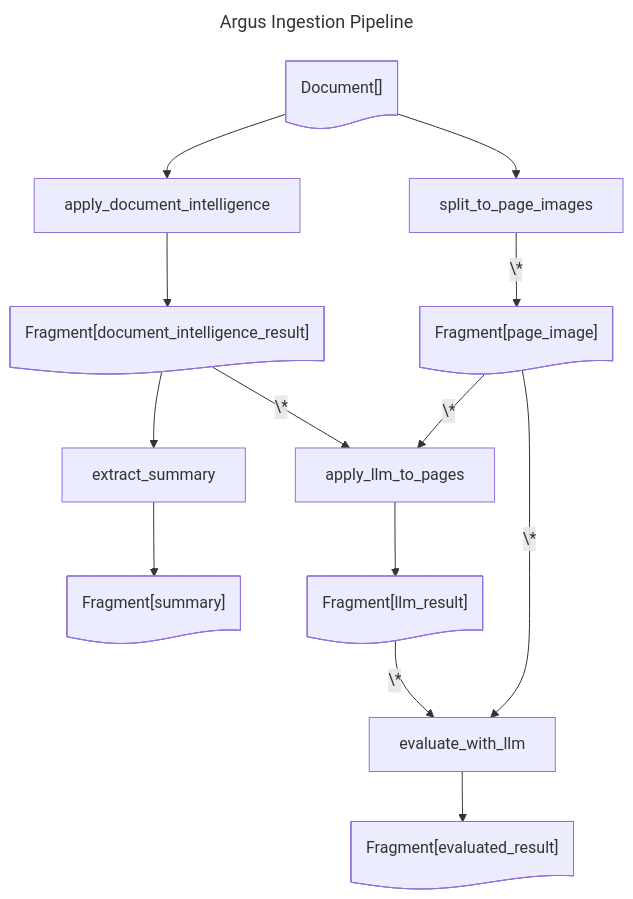
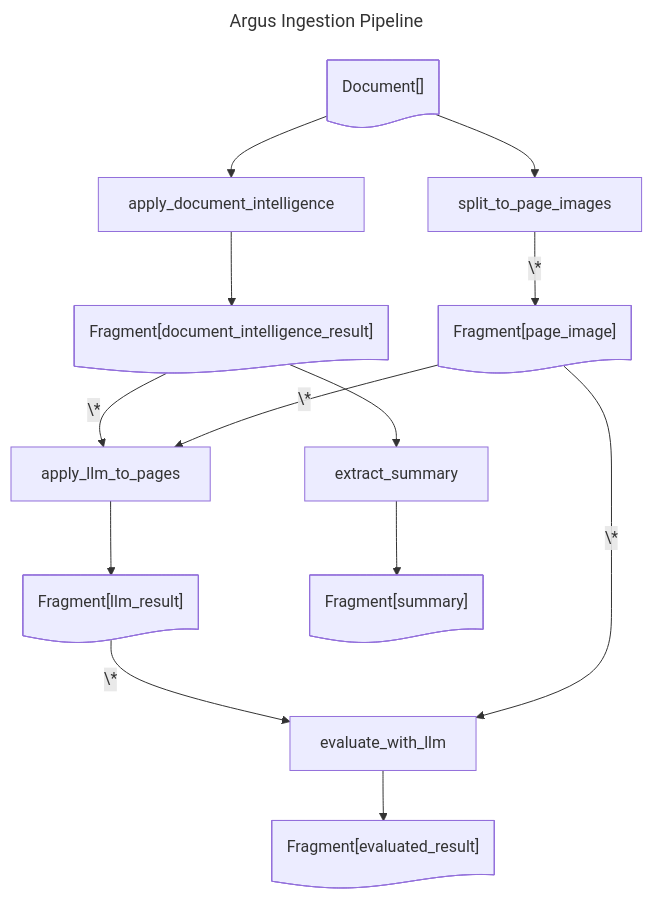
The diagram in examples/argus.md (Azure-Samples/az-ai-catalyst), drawn with Mermaid before and after one commit. The commit also changed other lines of this file and 7 other files, not shown here.

````diff
--- a/examples/argus.md
+++ b/examples/argus.md
@@ -1,29 +1,29 @@
 ```mermaid
 ---
 title: Argus Ingestion Pipeline
 ---
 flowchart TD
+    Fragment_document_intelligence_result@{ shape: doc, label: "Fragment[document_intelligence_result]" }
+    Fragment_llm_result@{ shape: doc, label: "Fragment[llm_result]" }
+    evaluate_with_llm@{ shape: rect, label: "evaluate_with_llm" }
+    Fragment_page_image@{ shape: doc, label: "Fragment[page_image]" }
+    Document_@{ shape: doc, label: "Document[]" }
+    apply_document_intelligence@{ shape: rect, label: "apply_document_intelligence" }
+    extract_summary@{ shape: rect, label: "extract_summary" }
+    Fragment_evaluated_result@{ shape: doc, label: "Fragment[evaluated_result]" }
+    apply_llm_to_pages@{ shape: rect, label: "apply_llm_to_pages" }
     split_to_page_images@{ shape: rect, label: "split_to_page_images" }
     Fragment_summary@{ shape: doc, label: "Fragment[summary]" }
-    extract_summary@{ shape: rect, label: "extract_summary" }
-    apply_document_intelligence@{ shape: rect, label: "apply_document_intelligence" }
-    Document_@{ shape: doc, label: "Document[]" }
-    evaluate_with_llm@{ shape: rect, label: "evaluate_with_llm" }
-    Fragment_document_intelligence_result@{ shape: doc, label: "Fragment[document_intelligence_result]" }
-    Fragment_page_image@{ shape: doc, label: "Fragment[page_image]" }
-    Fragment_evaluated_result@{ shape: doc, label: "Fragment[evaluated_result]" }
-    Fragment_llm_result@{ shape: doc, label: "Fragment[llm_result]" }
-    apply_llm_to_pages@{ shape: rect, label: "apply_llm_to_pages" }
     Document_ --> apply_document_intelligence
     apply_document_intelligence --> Fragment_document_intelligence_result
     Document_ --> split_to_page_images
     split_to_page_images -- \* --> Fragment_page_image
     Fragment_document_intelligence_result -- \* --> apply_llm_to_pages
     Fragment_page_image -- \* --> apply_llm_to_pages
     apply_llm_to_pages --> Fragment_llm_result
     Fragment_document_intelligence_result --> extract_summary
     extract_summary --> Fragment_summary
     Fragment_llm_result -- \* --> evaluate_with_llm
     Fragment_page_image -- \* --> evaluate_with_llm
     evaluate_with_llm --> Fragment_evaluated_result
 ```
````
